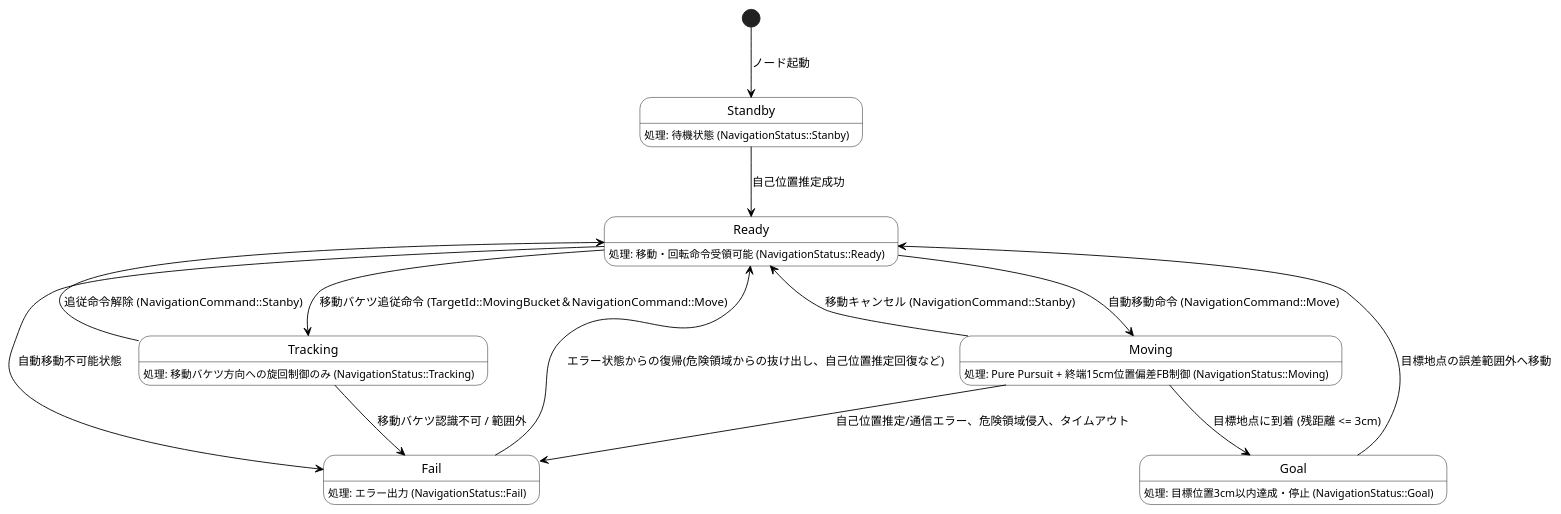
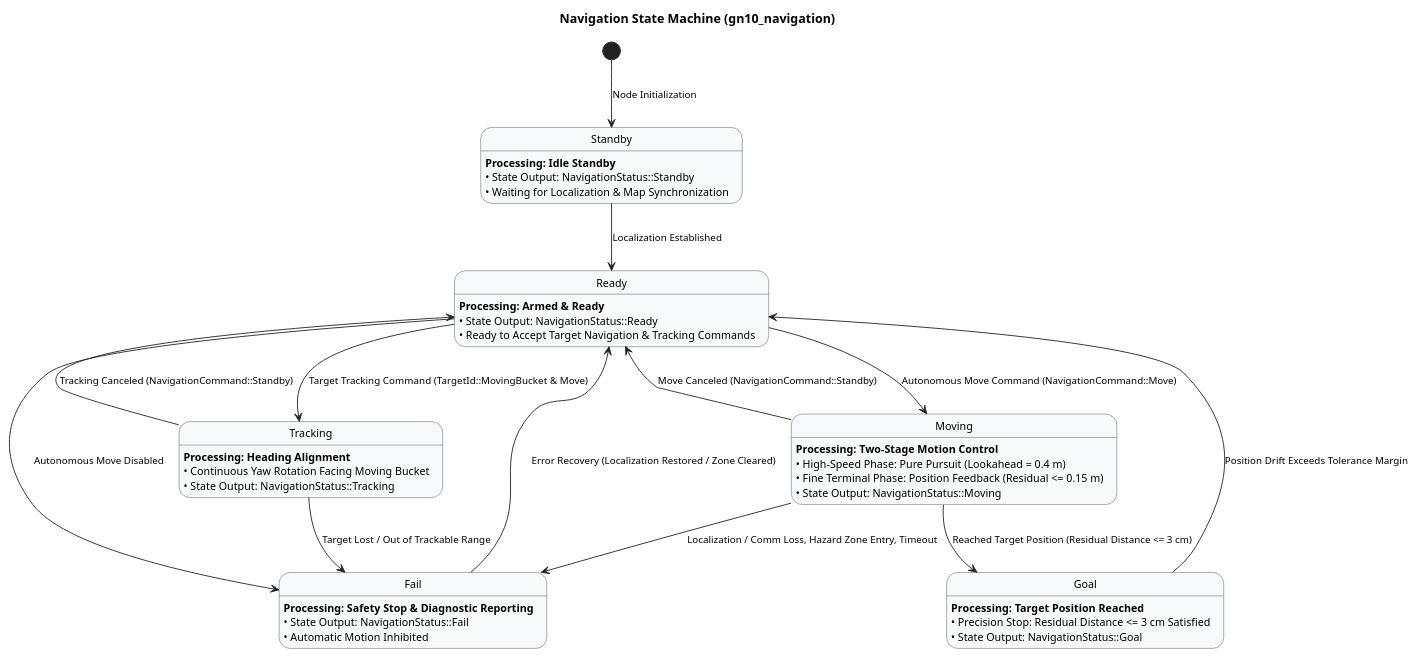
Before and after one commit to tmcit-ararobo-2026a/system-design: the diagram in automation/navigation_state.pu, drawn with PlantUML. The commit also changed 19 other files, not shown here.

```diff
--- a/automation/navigation_state.pu
+++ b/automation/navigation_state.pu
@@ -1,29 +1,46 @@
-@startuml
+@startuml navigation state diagram
+
+title Navigation State Machine (gn10_navigation)
+
+skinparam backgroundColor #FFFFFF
+skinparam defaultTextAlignment left
+skinparam shadowing false
+scale max 4000*2500
+
 skinparam state {
-  BackgroundColor White
-  BorderColor Black
-  ArrowColor Black
+  BackgroundColor #F8F9FA
+  BorderColor #444444
+  FontSize 12
+  ArrowColor #212121
+  ArrowFontSize 11
+  StartColor #2E7D32
+  EndColor #C62828
 }
 
-[*] --> Standby : ノード起動
+[*] --> Standby : Node Initialization
 
-Standby --> Ready : 自己位置推定成功
-Ready --> Moving : 自動移動命令 (NavigationCommand::Move)
-Moving --> Fail : 自己位置推定/通信エラー、危険領域侵入、タイムアウト
-Moving --> Goal : 目標地点に到着 (残距離 <= 3cm)
-Moving --> Ready : 移動キャンセル (NavigationCommand::Stanby)
-Goal --> Ready : 目標地点の誤差範囲外へ移動
-Ready --> Tracking : 移動バケツ追従命令 (TargetId::MovingBucket＆NavigationCommand::Move)
-Tracking --> Fail : 移動バケツ認識不可 / 範囲外
-Tracking --> Ready : 追従命令解除 (NavigationCommand::Stanby)
-Ready --> Fail : 自動移動不可能状態
-Fail --> Ready : エラー状態からの復帰(危険領域からの抜け出し、自己位置推定回復など)
+Standby --> Ready : Localization Established
+Ready --> Moving : Autonomous Move Command (NavigationCommand::Move)
+Moving --> Fail : Localization / Comm Loss, Hazard Zone Entry, Timeout
+Moving --> Goal : Reached Target Position (Residual Distance <= 3 cm)
+Moving --> Ready : Move Canceled (NavigationCommand::Standby)
+Goal --> Ready : Position Drift Exceeds Tolerance Margin
+Ready --> Tracking : Target Tracking Command (TargetId::MovingBucket & Move)
+Tracking --> Fail : Target Lost / Out of Trackable Range
+Tracking --> Ready : Tracking Canceled (NavigationCommand::Standby)
+Ready --> Fail : Autonomous Move Disabled
+Fail --> Ready : Error Recovery (Localization Restored / Zone Cleared)
 
-Standby : 処理: 待機状態 (NavigationStatus::Stanby)
-Ready : 処理: 移動・回転命令受領可能 (NavigationStatus::Ready)
-Moving : 処理: Pure Pursuit + 終端15cm位置偏差FB制御 (NavigationStatus::Moving)
-Goal : 処理: 目標位置3cm以内達成・停止 (NavigationStatus::Goal)
-Tracking : 処理: 移動バケツ方向への旋回制御のみ (NavigationStatus::Tracking)
-Fail : 処理: エラー出力 (NavigationStatus::Fail)
+Standby : <b>Processing: Idle Standby</b>\n• State Output: NavigationStatus::Standby\n• Waiting for Localization & Map Synchronization
 
-@endluml
+Ready : <b>Processing: Armed & Ready</b>\n• State Output: NavigationStatus::Ready\n• Ready to Accept Target Navigation & Tracking Commands
+
+Moving : <b>Processing: Two-Stage Motion Control</b>\n• High-Speed Phase: Pure Pursuit (Lookahead = 0.4 m)\n• Fine Terminal Phase: Position Feedback (Residual <= 0.15 m)\n• State Output: NavigationStatus::Moving
+
+Goal : <b>Processing: Target Position Reached</b>\n• Precision Stop: Residual Distance <= 3 cm Satisfied\n• State Output: NavigationStatus::Goal
+
+Tracking : <b>Processing: Heading Alignment</b>\n• Continuous Yaw Rotation Facing Moving Bucket\n• State Output: NavigationStatus::Tracking
+
+Fail : <b>Processing: Safety Stop & Diagnostic Reporting</b>\n• State Output: NavigationStatus::Fail\n• Automatic Motion Inhibited
+
+@enduml
```
